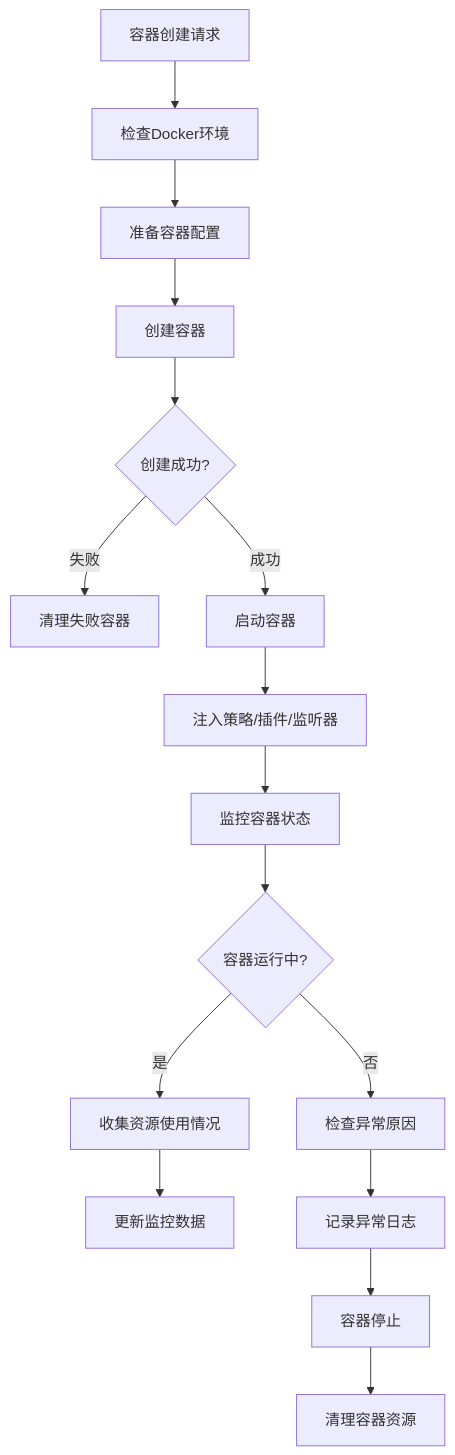
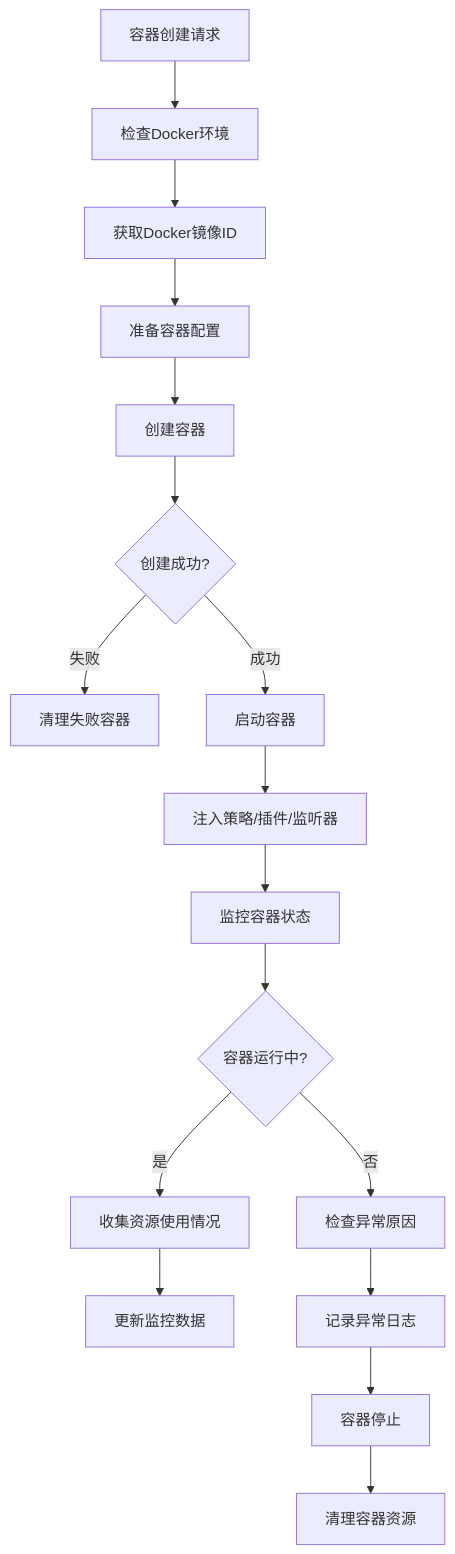
The seventh of 11 diagrams in docs/arch/logic_flow.md (shenge08/hs-taskm), drawn with Mermaid before and after one commit. The commit also changed other lines of this file and 3 other files, not shown here.

First line of the commit message:
feat: complete Stage 2 & Stage 3 architecture and testing

````diff
--- a/docs/arch/logic_flow.md
+++ b/docs/arch/logic_flow.md
@@ -119,18 +184,19 @@
 ```mermaid
 graph TD
     A[容器创建请求] --> B[检查Docker环境]
-    B --> C[准备容器配置]
-    C --> D[创建容器]
-    D --> E{创建成功?}
-    E -->|失败| F[清理失败容器]
-    E -->|成功| G[启动容器]
-    G --> H[注入策略/插件/监听器]
-    H --> I[监控容器状态]
-    I --> J{容器运行中?}
-    J -->|是| K[收集资源使用情况]
-    J -->|否| L[检查异常原因]
-    K --> M[更新监控数据]
-    L --> N[记录异常日志]
-    N --> O[容器停止]
-    O --> P[清理容器资源]
+    B --> C[获取Docker镜像ID]
+    C --> D[准备容器配置]
+    D --> E[创建容器]
+    E --> F{创建成功?}
+    F -->|失败| G[清理失败容器]
+    F -->|成功| H[启动容器]
+    H --> I[注入策略/插件/监听器]
+    I --> J[监控容器状态]
+    J --> K{容器运行中?}
+    K -->|是| L[收集资源使用情况]
+    K -->|否| M[检查异常原因]
+    L --> N[更新监控数据]
+    M --> O[记录异常日志]
+    O --> P[容器停止]
+    P --> Q[清理容器资源]
 ```
````
